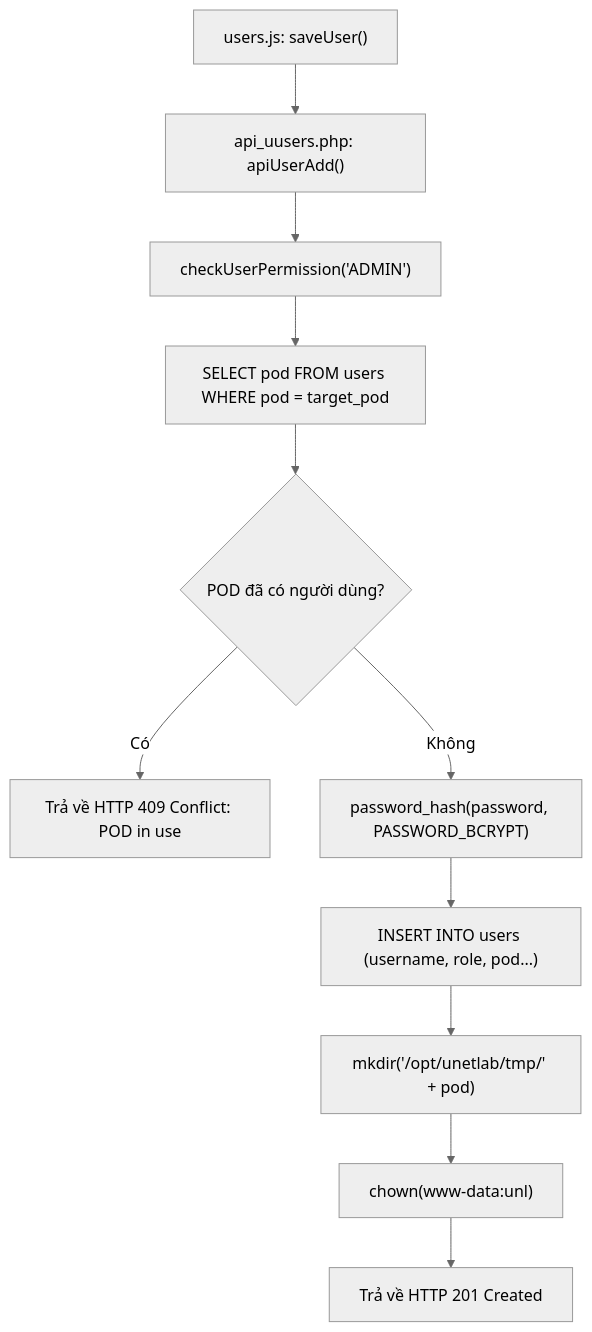
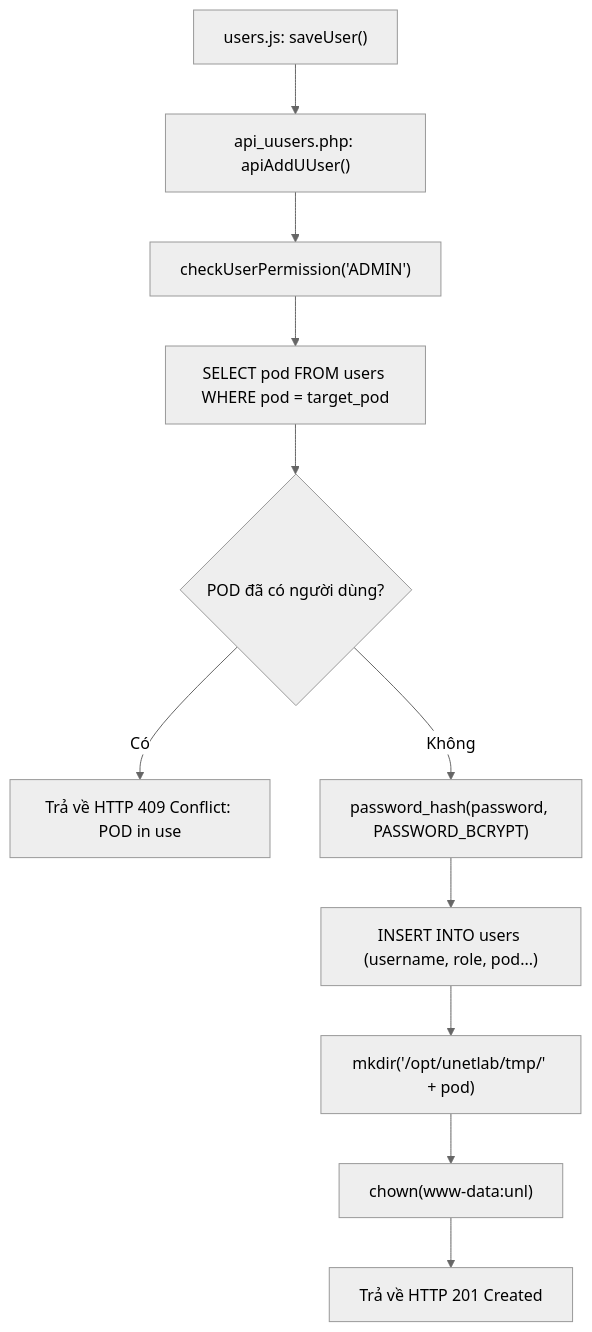
The diagram in docs/03-diagrams/f59-user-rbac-pod-isolation-callgraph.md (Luuxinhxinh/pnet-v8), drawn with Mermaid (neutral theme) before and after one commit. The commit also changed 39 other files, not shown here.

````diff
--- a/docs/03-diagrams/f59-user-rbac-pod-isolation-callgraph.md
+++ b/docs/03-diagrams/f59-user-rbac-pod-isolation-callgraph.md
@@ -9,13 +9,13 @@
 ```mermaid
 graph TD
-    ADMIN_UI["users.js: saveUser()"] --> POST_API["api_uusers.php: apiUserAdd()"]
+    ADMIN_UI["users.js: saveUser()"] --> POST_API["api_uusers.php: apiAddUUser()"]
     POST_API --> CHECK_ADMIN["checkUserPermission('ADMIN')"]
     CHECK_ADMIN --> CHECK_POD["SELECT pod FROM users WHERE pod = target_pod"]
     CHECK_POD --> CHECK_DUP{"POD đã có người dùng?"}
     CHECK_DUP -- Có --> ERR["Trả về HTTP 409 Conflict: POD in use"]
     CHECK_DUP -- Không --> HASH_PW["password_hash(password, PASSWORD_BCRYPT)"]
     HASH_PW --> INSERT_DB["INSERT INTO users (username, role, pod...)"]
     INSERT_DB --> MKDIR_POD["mkdir('/opt/unetlab/tmp/' + pod)"]
     MKDIR_POD --> CHOWN_POD["chown(www-data:unl)"]
     CHOWN_POD --> RESP["Trả về HTTP 201 Created"]
 ```
````
